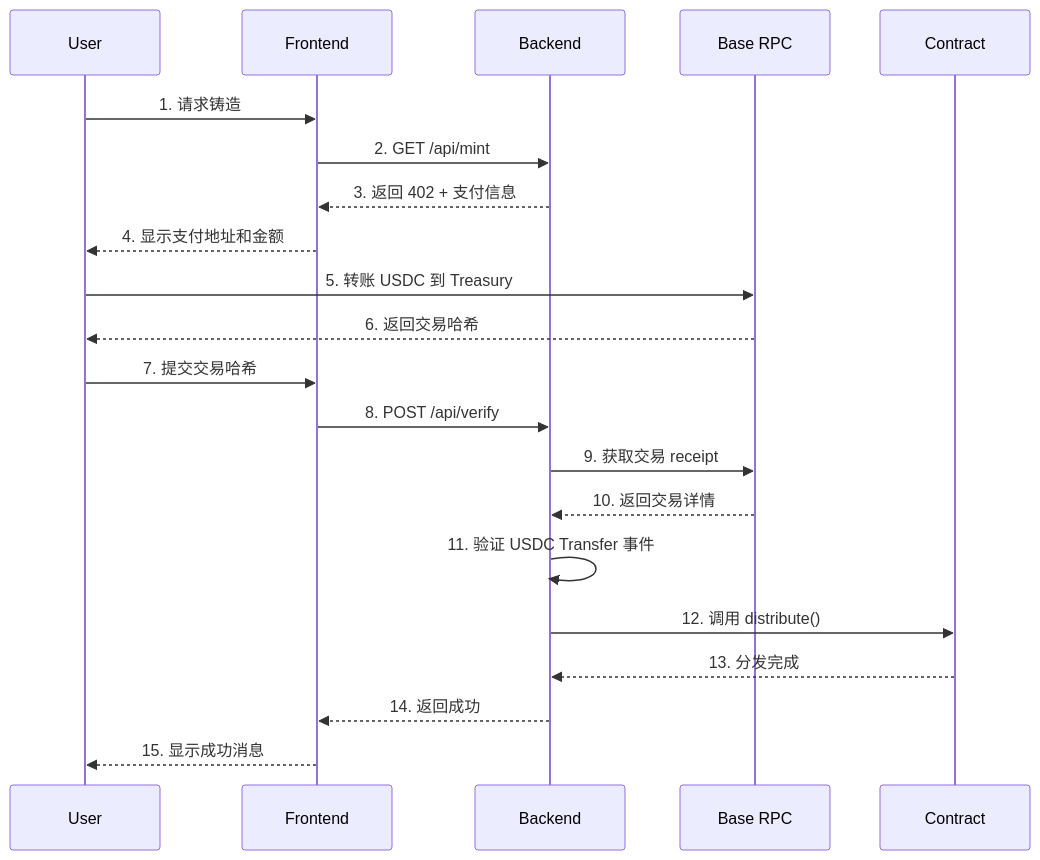
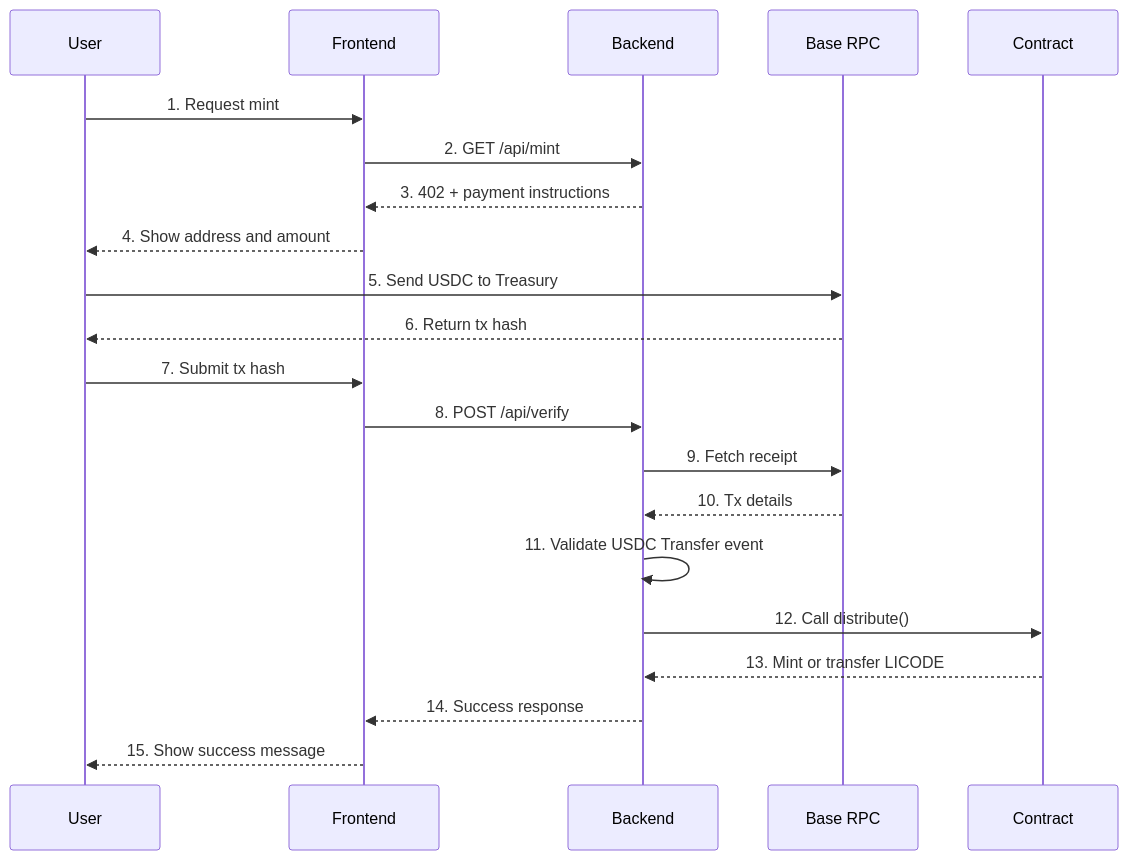
One commit to osbrain/x402-mint changed the diagram in README.md. Above: the diagram before and after it, drawn with Mermaid. The commit also changed other lines of this file and 1 other file, not shown here.

````diff
--- a/README.md
+++ b/README.md
@@ -358,26 +376,26 @@
 ```mermaid
 sequenceDiagram
     participant User
     participant Frontend
     participant Backend
     participant Base RPC
     participant Contract
 
-    User->>Frontend: 1. 请求铸造
+    User->>Frontend: 1. Request mint
     Frontend->>Backend: 2. GET /api/mint
-    Backend-->>Frontend: 3. 返回 402 + 支付信息
-    Frontend-->>User: 4. 显示支付地址和金额
+    Backend-->>Frontend: 3. 402 + payment instructions
+    Frontend-->>User: 4. Show address and amount
 
-    User->>Base RPC: 5. 转账 USDC 到 Treasury
-    Base RPC-->>User: 6. 返回交易哈希
+    User->>Base RPC: 5. Send USDC to Treasury
+    Base RPC-->>User: 6. Return tx hash
 
-    User->>Frontend: 7. 提交交易哈希
+    User->>Frontend: 7. Submit tx hash
     Frontend->>Backend: 8. POST /api/verify
-    Backend->>Base RPC: 9. 获取交易 receipt
-    Base RPC-->>Backend: 10. 返回交易详情
-    Backend->>Backend: 11. 验证 USDC Transfer 事件
-    Backend->>Contract: 12. 调用 distribute()
-    Contract-->>Backend: 13. 分发完成
-    Backend-->>Frontend: 14. 返回成功
-    Frontend-->>User: 15. 显示成功消息
+    Backend->>Base RPC: 9. Fetch receipt
+    Base RPC-->>Backend: 10. Tx details
+    Backend->>Backend: 11. Validate USDC Transfer event
+    Backend->>Contract: 12. Call distribute()
+    Contract-->>Backend: 13. Mint or transfer LICODE
+    Backend-->>Frontend: 14. Success response
+    Frontend-->>User: 15. Show success message
 ```
````
